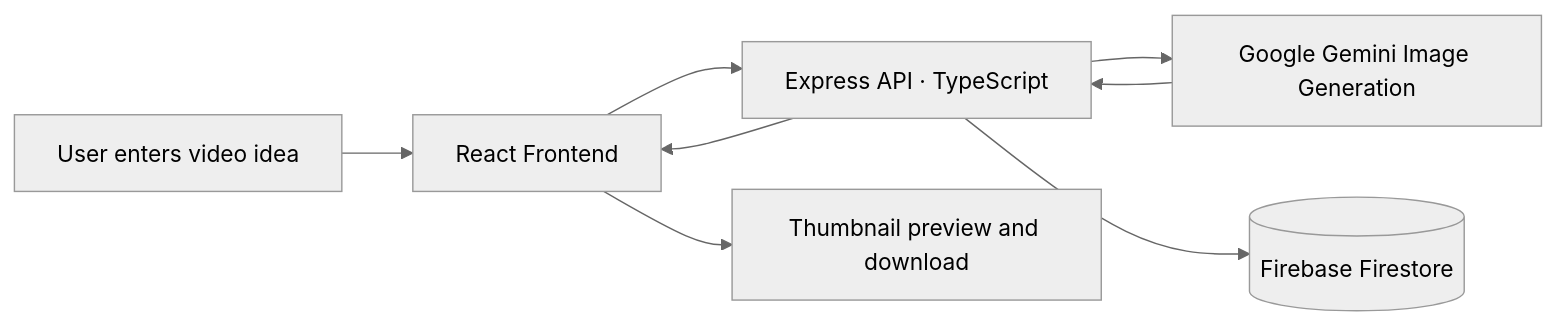
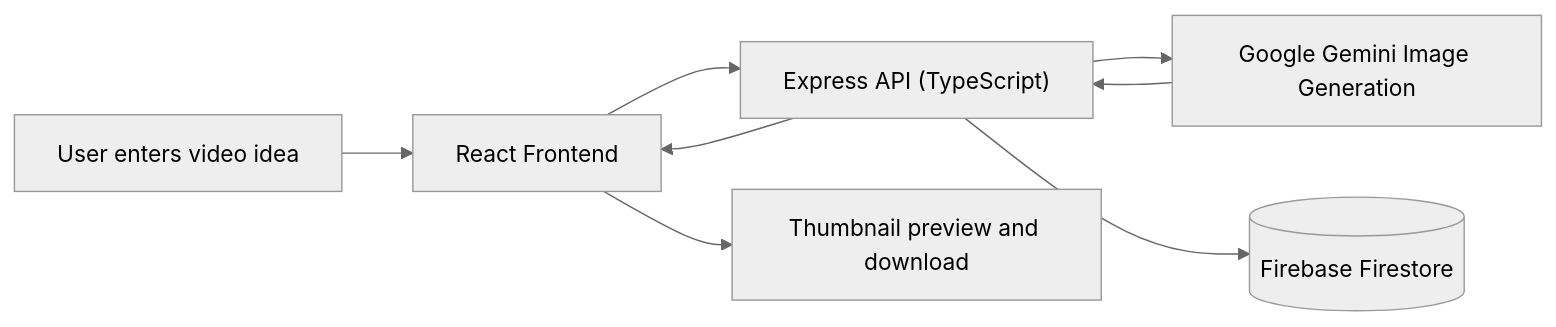
The first of 2 diagrams in README.md (ayush91dubey/ayush91dubey), drawn with Mermaid (neutral theme) before and after one commit. The commit also changed other lines of this file, not shown here.

````diff
--- a/README.md
+++ b/README.md
@@ -108,10 +136,10 @@
 ```mermaid
 flowchart LR
-    A[User enters video idea] --> B[React Frontend]
-    B --> C[Express API · TypeScript]
-    C --> D[Google Gemini Image Generation]
+    A["User enters video idea"] --> B["React Frontend"]
+    B --> C["Express API (TypeScript)"]
+    C --> D["Google Gemini Image Generation"]
     D --> C
-    C --> E[(Firebase Firestore)]
+    C --> E[("Firebase Firestore")]
     C --> B
-    B --> F[Thumbnail preview and download]
+    B --> F["Thumbnail preview and download"]
 ```
````
